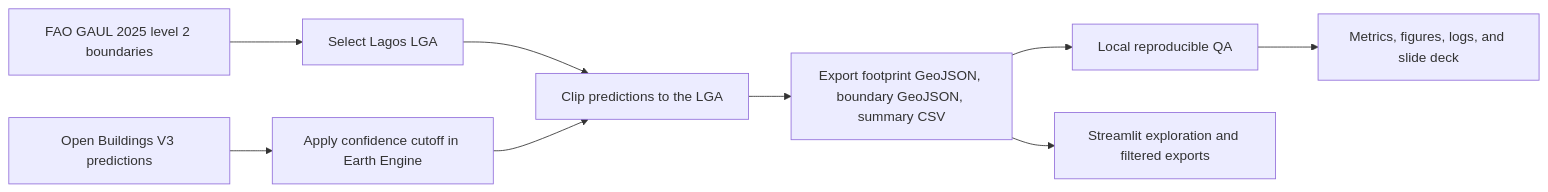
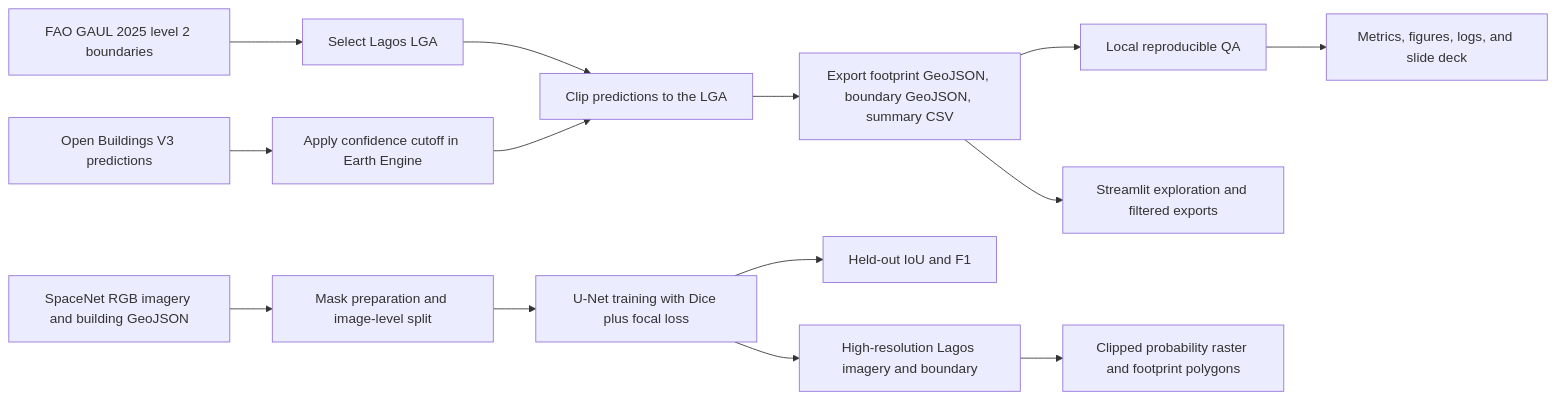
Before and after one commit to IyinoluwaDon/Lagos-building-footprint-mapping: the diagram in docs/PROJECT_MASTER_SUMMARY.md, drawn with Mermaid. The commit also changed other lines of this file and 12 other files, not shown here.

Commit message:
Add SpaceNet U-Net training and Lagos inference pipeline

````diff
--- a/docs/PROJECT_MASTER_SUMMARY.md
+++ b/docs/PROJECT_MASTER_SUMMARY.md
@@ -87,11 +88,16 @@
 ```mermaid
 flowchart LR
   A[FAO GAUL 2025 level 2 boundaries] --> C[Select Lagos LGA]
   B[Open Buildings V3 predictions] --> D[Apply confidence cutoff in Earth Engine]
   C --> E[Clip predictions to the LGA]
   D --> E
   E --> F[Export footprint GeoJSON, boundary GeoJSON, summary CSV]
   F --> G[Local reproducible QA]
   G --> H[Metrics, figures, logs, and slide deck]
   F --> I[Streamlit exploration and filtered exports]
+  J[SpaceNet RGB imagery and building GeoJSON] --> K[Mask preparation and image-level split]
+  K --> L[U-Net training with Dice plus focal loss]
+  L --> M[Held-out IoU and F1]
+  L --> N[High-resolution Lagos imagery and boundary]
+  N --> O[Clipped probability raster and footprint polygons]
 ```
````
